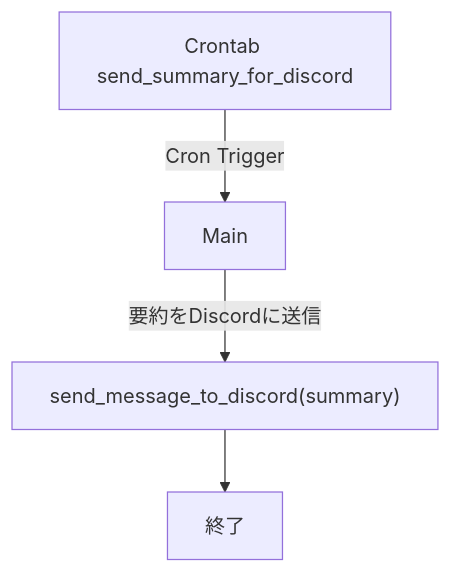
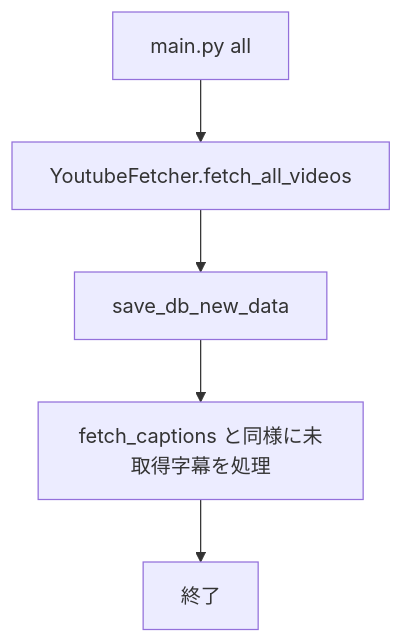
Before and after one commit to hoshimins/youtube_summary_bot: the third of 4 diagrams in document/flowchart.md, drawn with Mermaid. The commit also changed other lines of this file and 18 other files, not shown here.

````diff
--- a/document/flowchart.md
+++ b/document/flowchart.md
@@ -38,8 +35,7 @@
 ```mermaid
 graph TD
-Cron["Crontab send_summary_for_discord"] -->|Cron Trigger| DiscordSend["Main"]
-DiscordSend --> |要約をDiscordに送信| SendMessage["send_message_to_discord(summary)"]
-SendMessage --> End["終了"]
-
-
+Main["main.py all"] --> YF["YoutubeFetcher.fetch_all_videos"]
+YF --> Save["save_db_new_data"]
+Save --> CapLoop["fetch_captions と同様に未取得字幕を処理"]
+CapLoop --> End["終了"]
 ```
````
